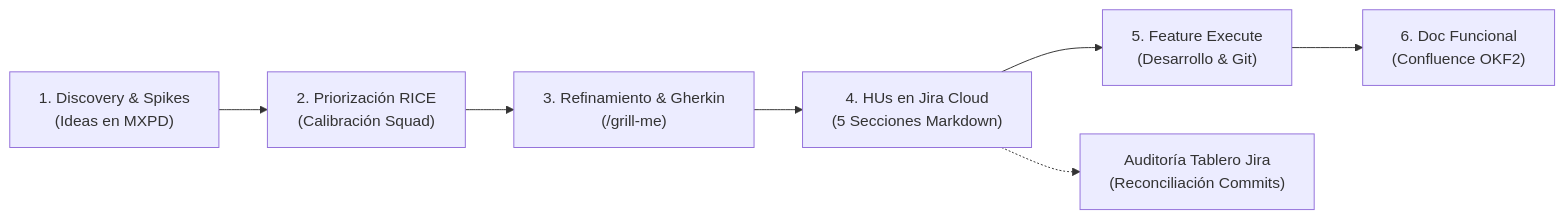
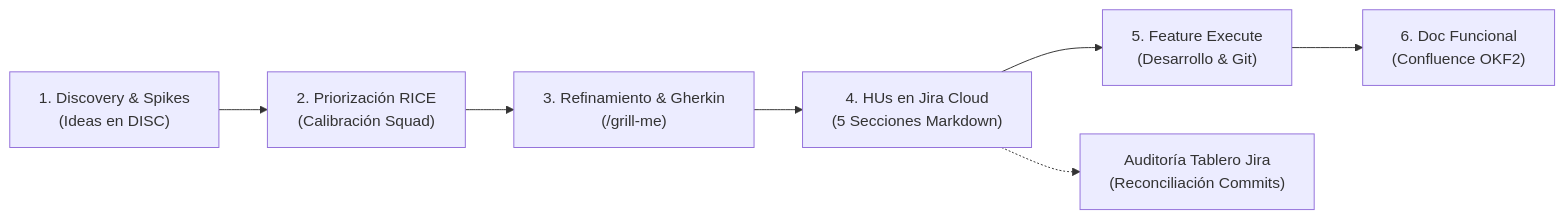
One commit to jgu7man/jg7-agent-skills changed the diagram in jira/SKILL.md. Above: the diagram before and after it, drawn with Mermaid. The commit also changed other lines of this file and 46 other files, not shown here.

````diff
--- a/jira/SKILL.md
+++ b/jira/SKILL.md
@@ -10,9 +10,9 @@
 ```mermaid
 flowchart LR
-    A["1. Discovery & Spikes<br/>(Ideas en MXPD)"] --> B["2. Priorización RICE<br/>(Calibración Squad)"]
+    A["1. Discovery & Spikes<br/>(Ideas en DISC)"] --> B["2. Priorización RICE<br/>(Calibración Squad)"]
     B --> C["3. Refinamiento & Gherkin<br/>(/grill-me)"]
     C --> D["4. HUs en Jira Cloud<br/>(5 Secciones Markdown)"]
     D --> E["5. Feature Execute<br/>(Desarrollo & Git)"]
     E --> F["6. Doc Funcional<br/>(Confluence OKF2)"]
     D -.-> G["Auditoría Tablero Jira<br/>(Reconciliación Commits)"]
 ```
````
